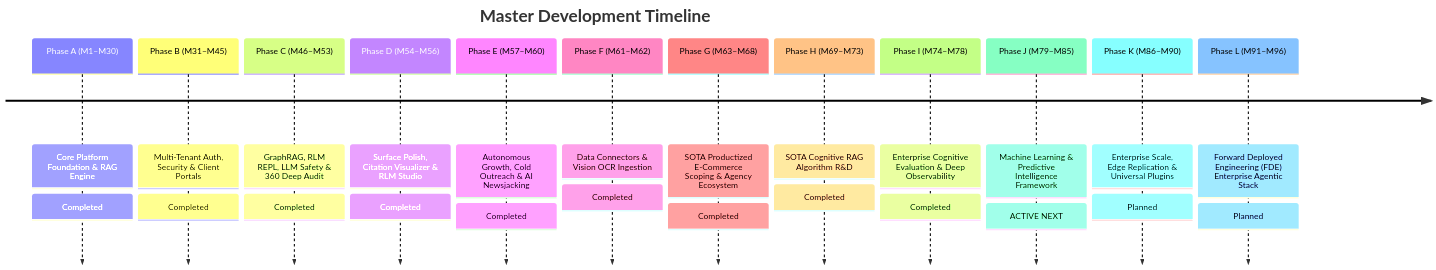
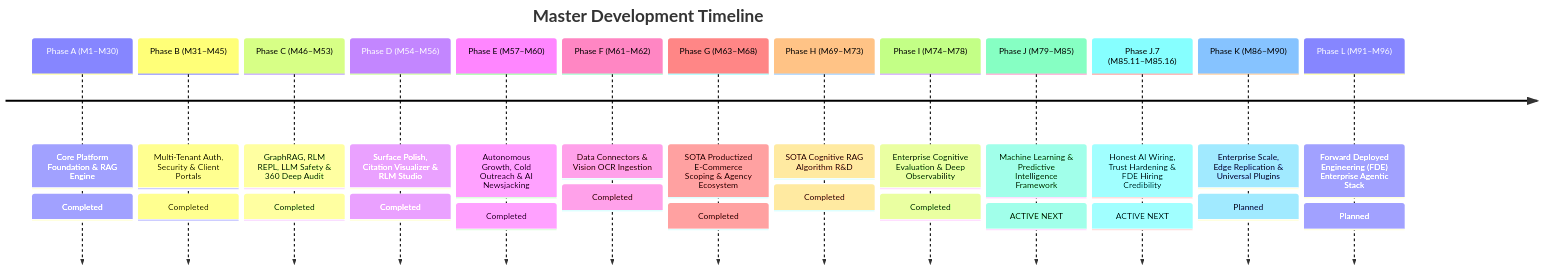
The diagram in ROADMAP.md (prat3010/Prateek_website), drawn with Mermaid before and after one commit. The commit also changed other lines of this file and 27 other files, not shown here.

Commit message:
feat(architecture): honest AI extraction, terminal decomposition & financial accuracy (M85.11-M85.17)

````diff
--- a/ROADMAP.md
+++ b/ROADMAP.md
@@ -10,16 +10,17 @@
 ```mermaid
 timeline
     title Master Development Timeline
     Phase A (M1–M30) : Core Platform Foundation & RAG Engine : Completed
     Phase B (M31–M45) : Multi-Tenant Auth, Security & Client Portals : Completed
     Phase C (M46–M53) : GraphRAG, RLM REPL, LLM Safety & 360 Deep Audit : Completed
     Phase D (M54–M56) : Surface Polish, Citation Visualizer & RLM Studio : Completed
     Phase E (M57–M60) : Autonomous Growth, Cold Outreach & AI Newsjacking : Completed
     Phase F (M61–M62) : Data Connectors & Vision OCR Ingestion : Completed
     Phase G (M63–M68) : SOTA Productized E-Commerce Scoping & Agency Ecosystem : Completed
     Phase H (M69–M73) : SOTA Cognitive RAG Algorithm R&D : Completed
     Phase I (M74–M78) : Enterprise Cognitive Evaluation & Deep Observability : Completed
     Phase J (M79–M85) : Machine Learning & Predictive Intelligence Framework : ACTIVE NEXT
+    Phase J.7 (M85.11–M85.16) : Honest AI Wiring, Trust Hardening & FDE Hiring Credibility : ACTIVE NEXT
     Phase K (M86–M90) : Enterprise Scale, Edge Replication & Universal Plugins : Planned
     Phase L (M91–M96) : Forward Deployed Engineering (FDE) Enterprise Agentic Stack : Planned
 ```
````
